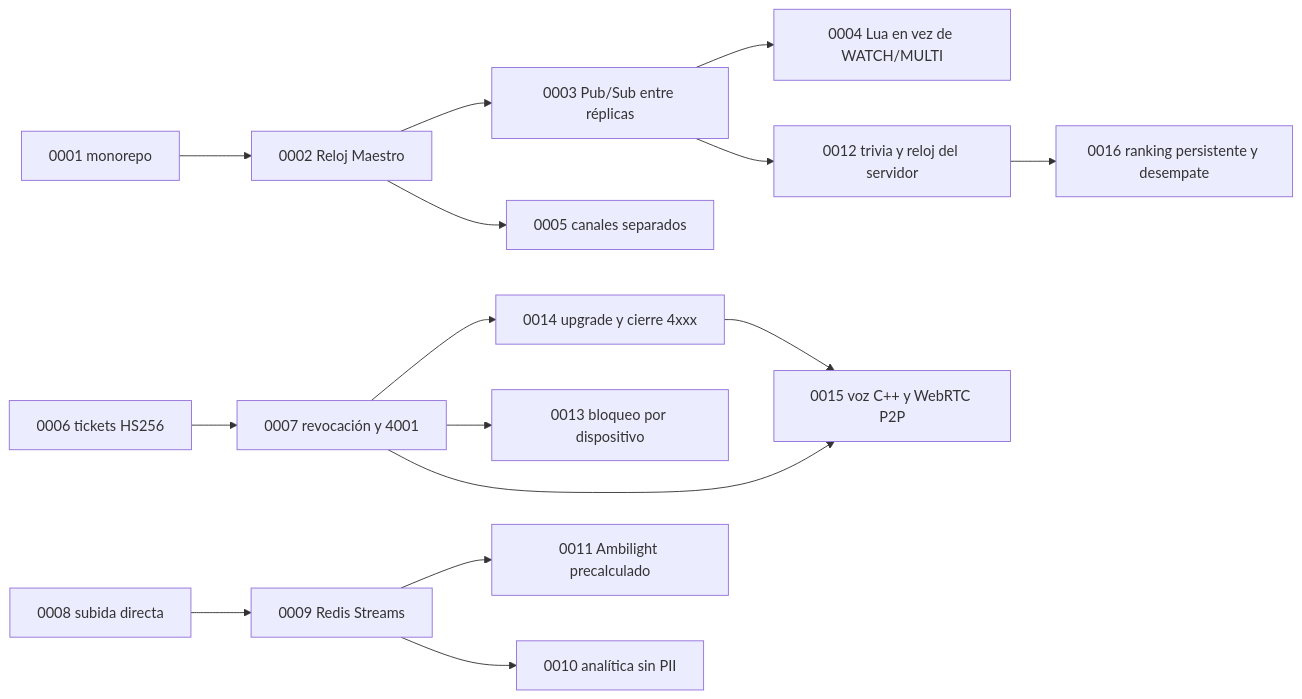
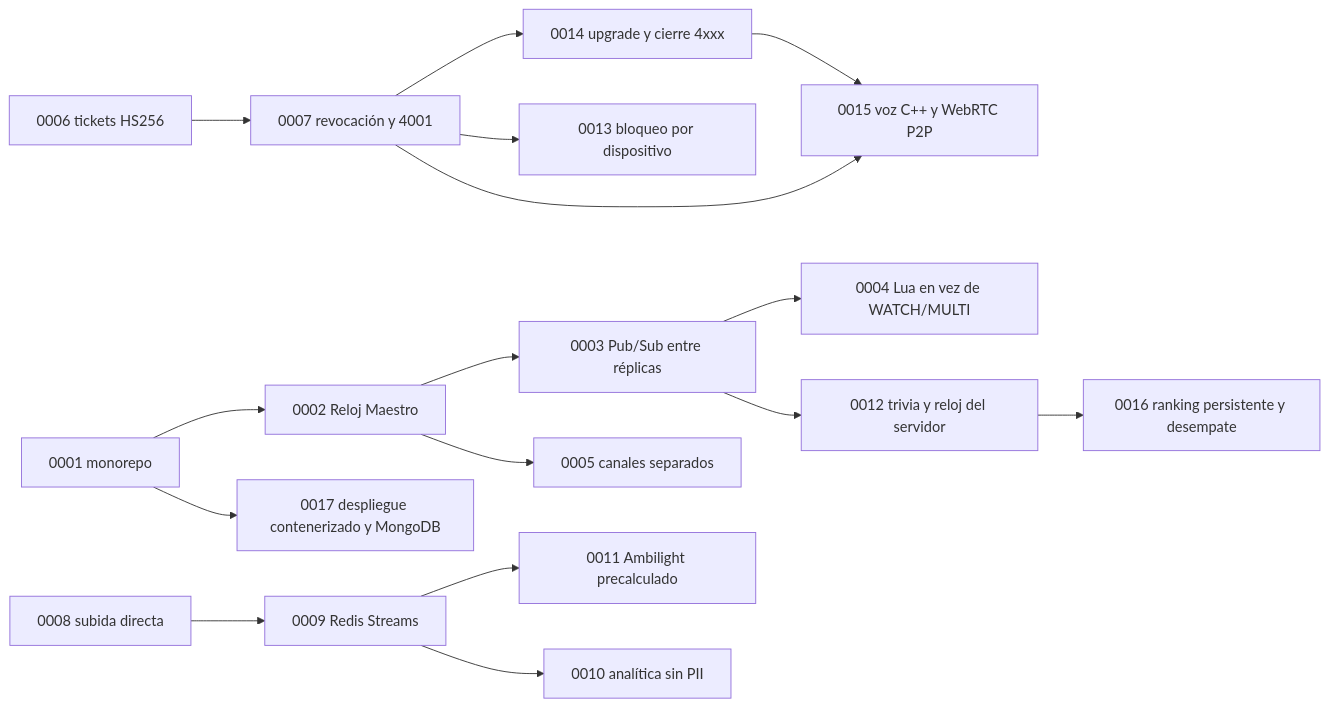
One commit to TINTOrganization/TINT changed the diagram in docs/adr/README.md. Above: the diagram before and after it, drawn with Mermaid. The commit also changed other lines of this file and 7 other files, not shown here.

First line of the commit message:
feat(infra): despliegue orientado a contenedores con MongoDB (OPS-02 #87)

````diff
--- a/docs/adr/README.md
+++ b/docs/adr/README.md
@@ -28,17 +29,18 @@
 ```mermaid
 flowchart LR
     A1["0001 monorepo"] --> A2["0002 Reloj Maestro"]
     A2 --> A3["0003 Pub/Sub entre réplicas"]
     A3 --> A4["0004 Lua en vez de WATCH/MULTI"]
     A2 --> A5["0005 canales separados"]
     A6["0006 tickets HS256"] --> A7["0007 revocación y 4001"]
     A7 --> A14["0014 upgrade y cierre 4xxx"]
     A7 --> A13["0013 bloqueo por dispositivo"]
     A7 --> A15["0015 voz C++ y WebRTC P2P"]
     A14 --> A15
     A8["0008 subida directa"] --> A9["0009 Redis Streams"]
     A9 --> A11["0011 Ambilight precalculado"]
     A9 --> A10["0010 analítica sin PII"]
     A3 --> A12["0012 trivia y reloj del servidor"]
     A12 --> A16["0016 ranking persistente y desempate"]
+    A1 --> A17["0017 despliegue contenerizado y MongoDB"]
 ```
````
